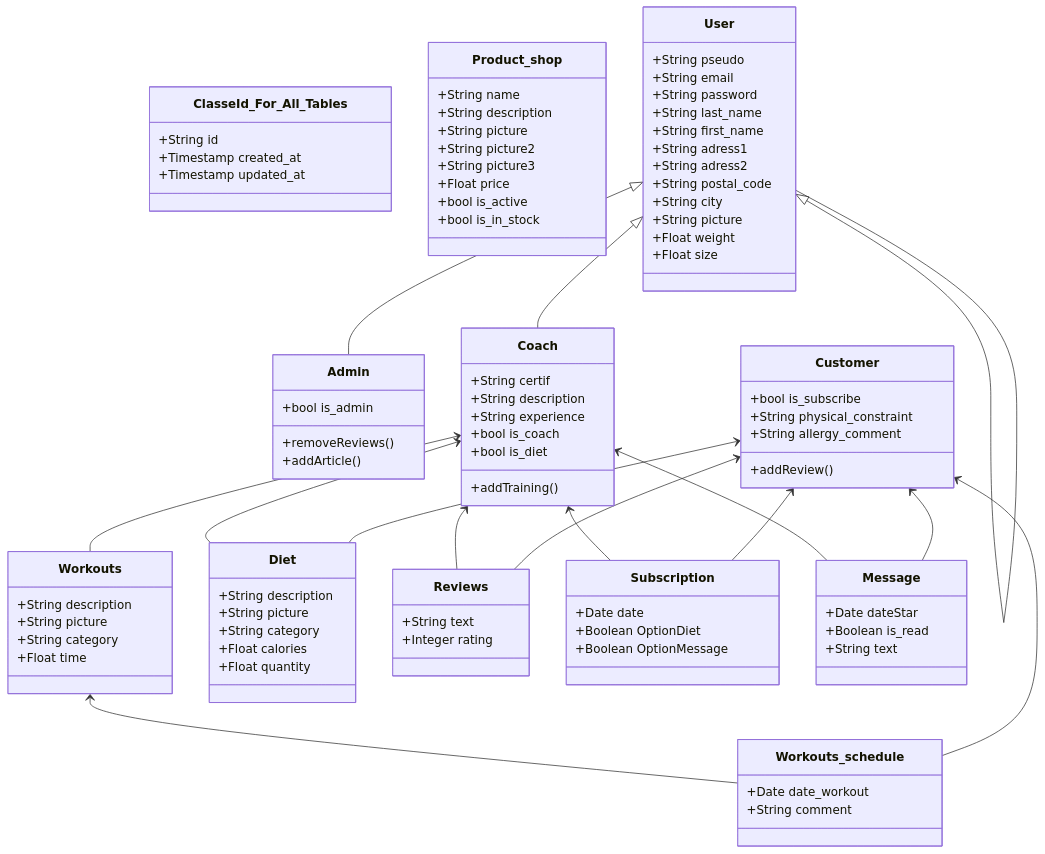
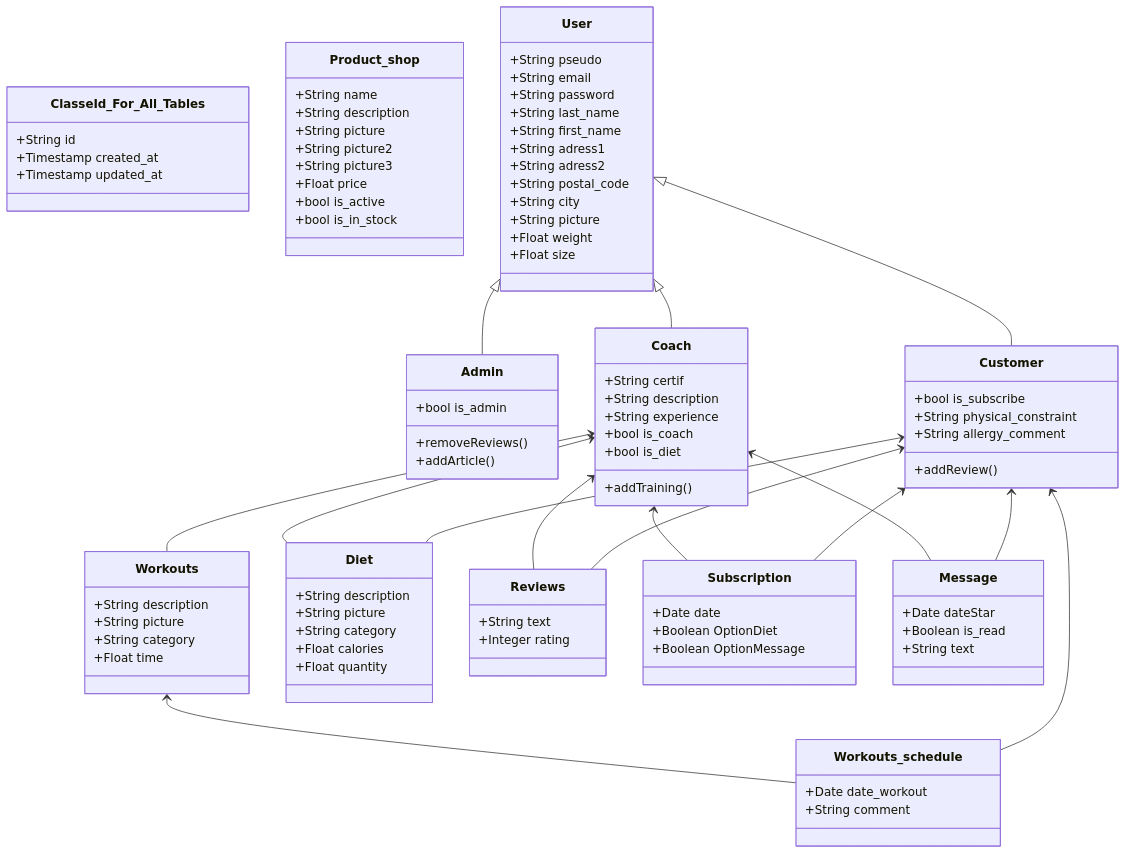
Before and after one commit to Genia888/FitnessHub: the diagram in Documentation/(Stage 3) Technical Documentation.md, drawn with Mermaid.

Commit message:
Fix bug relations

```diff
--- a/Documentation/(Stage 3) Technical Documentation.md
+++ b/Documentation/(Stage 3) Technical Documentation.md
@@ -187,7 +187,7 @@
     Coach <-- Diet
     Customer <-- Diet
     User <|-- Admin
-    User <|-- User
+    User <|-- Customer
     User <|-- Coach
     Coach <-- Reviews
     Customer <-- Reviews
```
